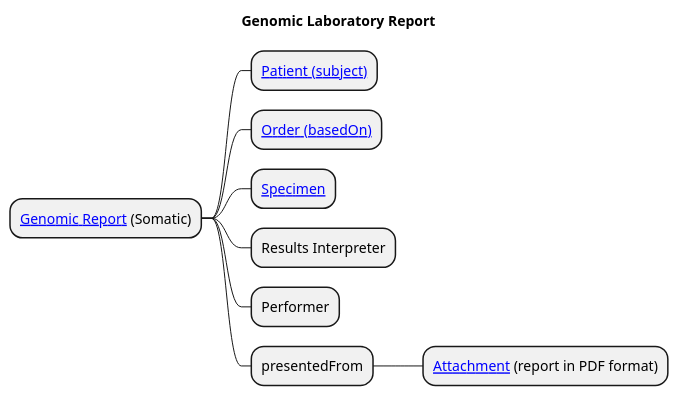
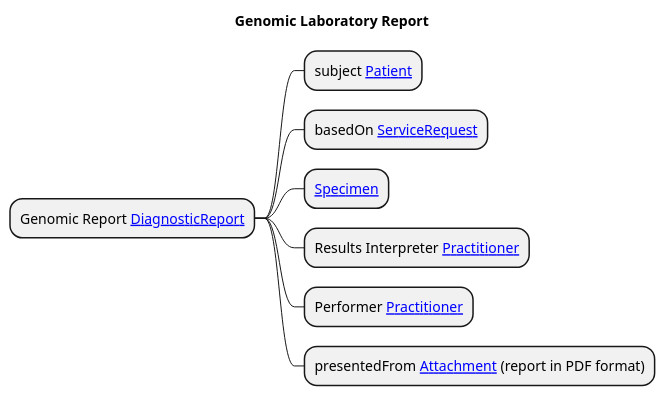
Before and after one commit to nw-gmsa/nw-gmsa.github.com: the diagram in input/images-source/LaboratoryReport-mindmap.plantuml, drawn with PlantUML. The commit also changed 3 other files, not shown here.

```diff
--- a/input/images-source/LaboratoryReport-mindmap.plantuml
+++ b/input/images-source/LaboratoryReport-mindmap.plantuml
@@ -1,14 +1,13 @@
 @startmindmap
 
 title "Genomic Laboratory Report"
 
-* [[StructureDefinition-DiagnosticReport.html Genomic Report]] (Somatic)
-** [[StructureDefinition-Patient.html Patient (subject)]]
-** [[StructureDefinition-ServiceRequest.html Order (basedOn)]]
+* Genomic Report [[StructureDefinition-DiagnosticReport.html DiagnosticReport]]
+** subject [[StructureDefinition-Patient.html Patient]]
+** basedOn [[StructureDefinition-ServiceRequest.html ServiceRequest]]
 ** [[StructureDefinition-Specimen.html Specimen]]
-** Results Interpreter
-** Performer
-** presentedFrom
-*** [[StructureDefinition-NWAttachment.html Attachment]] (report in PDF format)
+** Results Interpreter [[StructureDefinition-Practitioner.html Practitioner]]
+** Performer [[StructureDefinition-Practitioner.html Practitioner]]
+** presentedFrom [[StructureDefinition-NWAttachment.html Attachment]] (report in PDF format)
 
 @endmindmap
```
